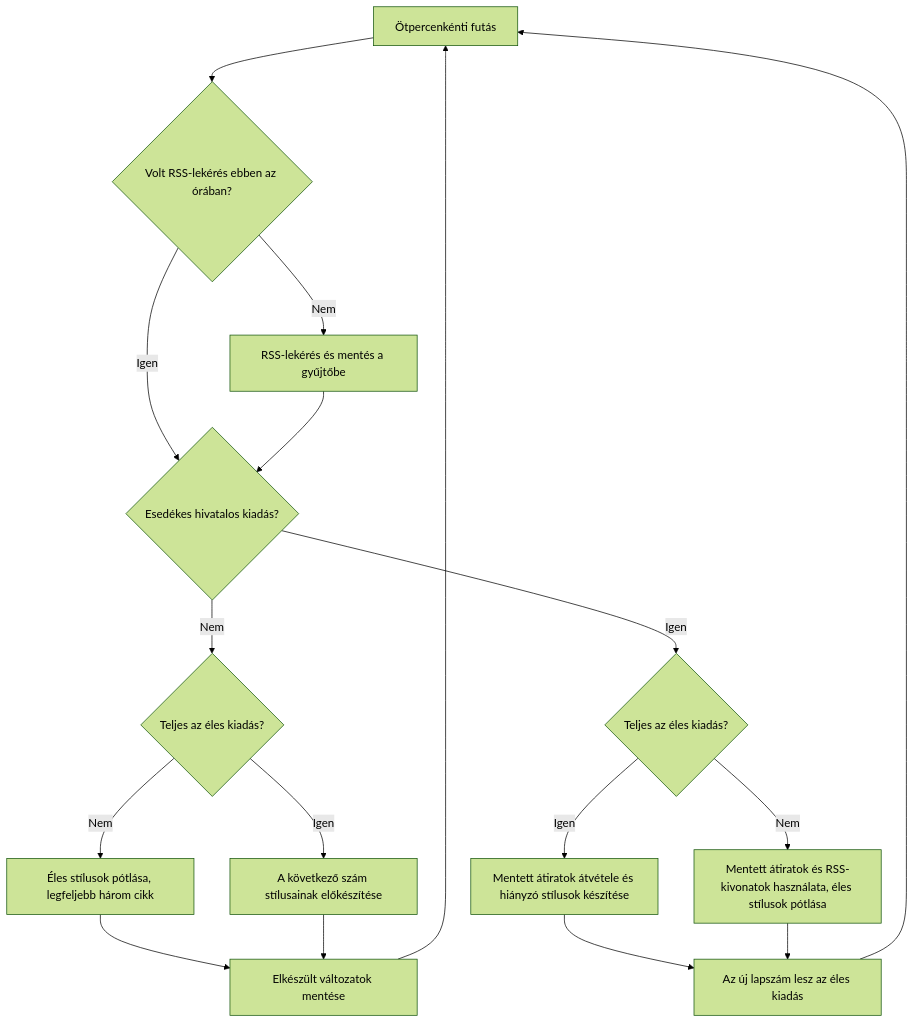
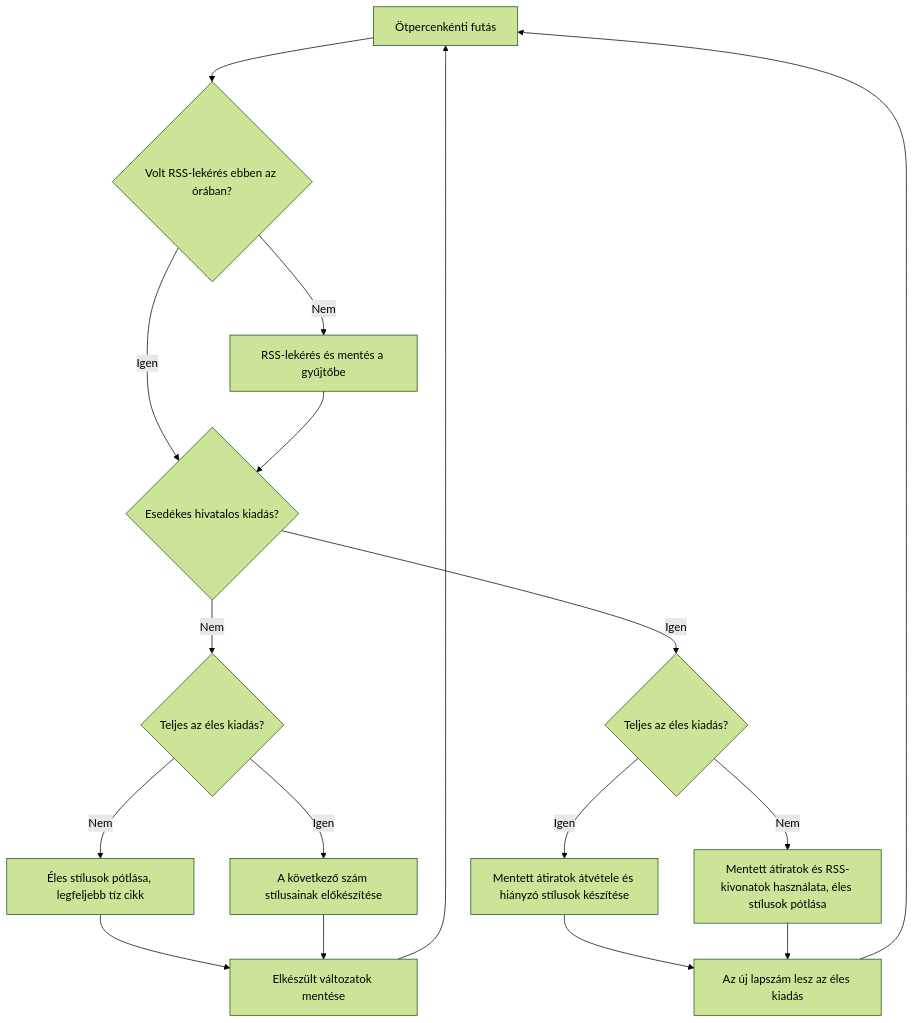
One commit to ngynrbrt-prog/nanonews changed the second of 6 diagrams in Dokumentumok/NANONews-mukodesi-leiras.md. Above: the diagram before and after it, drawn with Mermaid (forest theme). The commit also changed other lines of this file and 2 other files, not shown here.

Commit message:
Speed up style completion for the published issue

````diff
--- a/Dokumentumok/NANONews-mukodesi-leiras.md
+++ b/Dokumentumok/NANONews-mukodesi-leiras.md
@@ -135,19 +135,19 @@
 ```mermaid
 flowchart TD
   run["Ötpercenkénti futás"] --> hourly{"Volt RSS-lekérés ebben az órában?"}
   hourly -->|Nem| rss["RSS-lekérés és mentés a gyűjtőbe"]
   hourly -->|Igen| issue
   rss --> issue{"Esedékes hivatalos kiadás?"}
   issue -->|Nem| complete{"Teljes az éles kiadás?"}
-  complete -->|Nem| backfill["Éles stílusok pótlása, legfeljebb három cikk"]
+  complete -->|Nem| backfill["Éles stílusok pótlása, legfeljebb tíz cikk"]
   complete -->|Igen| prepare["A következő szám stílusainak előkészítése"]
   backfill --> saved["Elkészült változatok mentése"]
   prepare --> saved
   saved --> run
   issue -->|Igen| ready{"Teljes az éles kiadás?"}
   ready -->|Igen| generate["Mentett átiratok átvétele és hiányzó stílusok készítése"]
   ready -->|Nem| existing["Mentett átiratok és RSS-kivonatok használata, éles stílusok pótlása"]
   generate --> publish["Az új lapszám lesz az éles kiadás"]
   existing --> publish
   publish --> run
 ```
````
